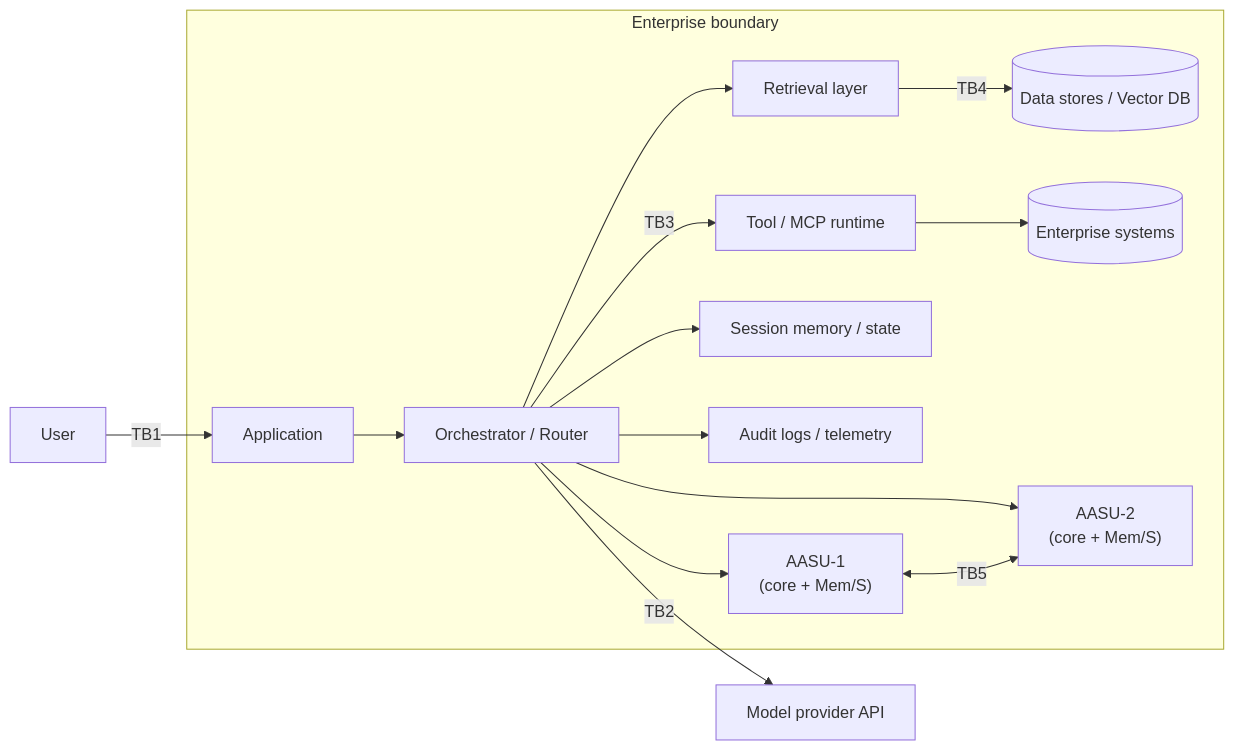
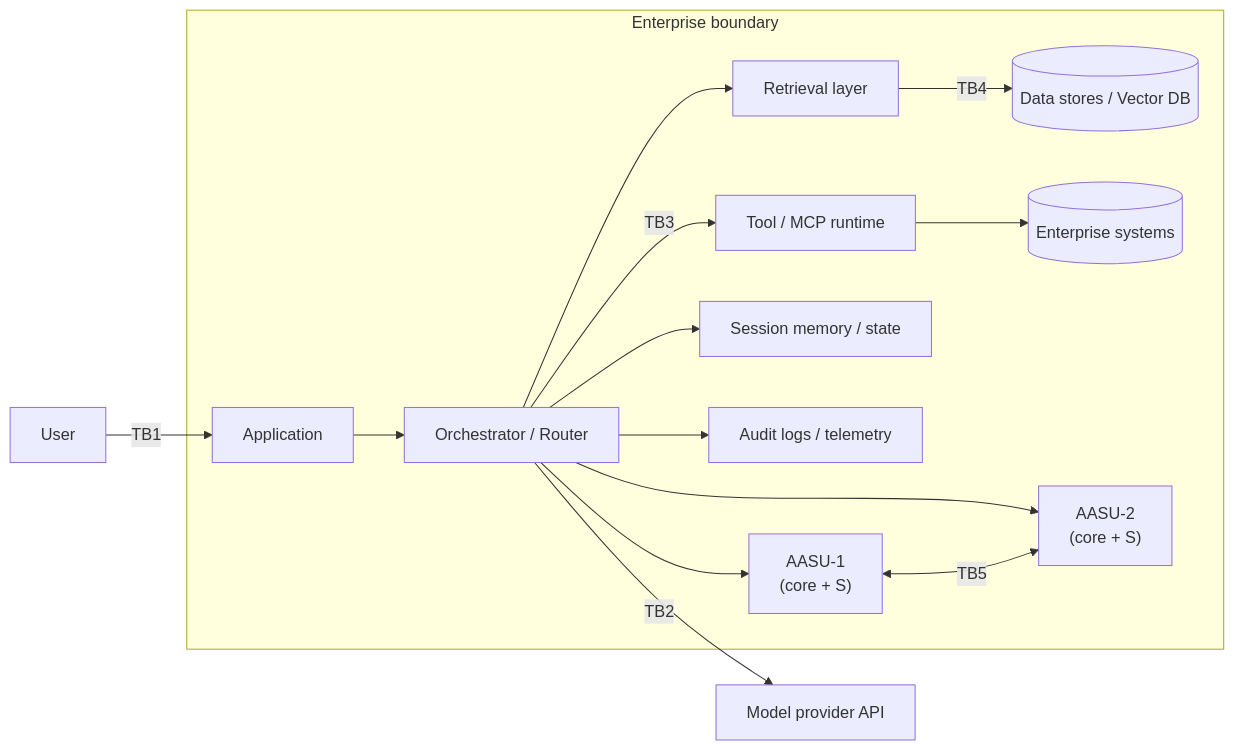
Before and after one commit to SAISec/AASU: the seventh of 9 diagrams in AASU_White_Paper_Consolidated_v2_2.md, drawn with Mermaid. The commit also changed other lines of this file and 16 other files, not shown here.

````diff
--- a/AASU_White_Paper_Consolidated_v2_2.md
+++ b/AASU_White_Paper_Consolidated_v2_2.md
@@ -265,23 +261,23 @@
 ```mermaid
 flowchart LR
   U[User] -->|TB1| APP[Application]
 
   subgraph ENT["Enterprise boundary"]
     APP --> ORCH[Orchestrator / Router]
 
     ORCH --> RET[Retrieval layer]
     RET -->|TB4| DATA[(Data stores / Vector DB)]
 
     ORCH -->|TB3| TOOL[Tool / MCP runtime]
     TOOL --> SYS[(Enterprise systems)]
 
     ORCH --> MEM[Session memory / state]
     ORCH --> LOG[Audit logs / telemetry]
 
-    ORCH --> A1["AASU-1<br/>(core + Mem/S)"]
-    ORCH --> A2["AASU-2<br/>(core + Mem/S)"]
+    ORCH --> A1["AASU-1<br/>(core + S)"]
+    ORCH --> A2["AASU-2<br/>(core + S)"]
     A1 <-->|TB5| A2
   end
 
   ORCH -->|TB2| LLM[Model provider API]
 ```
````
